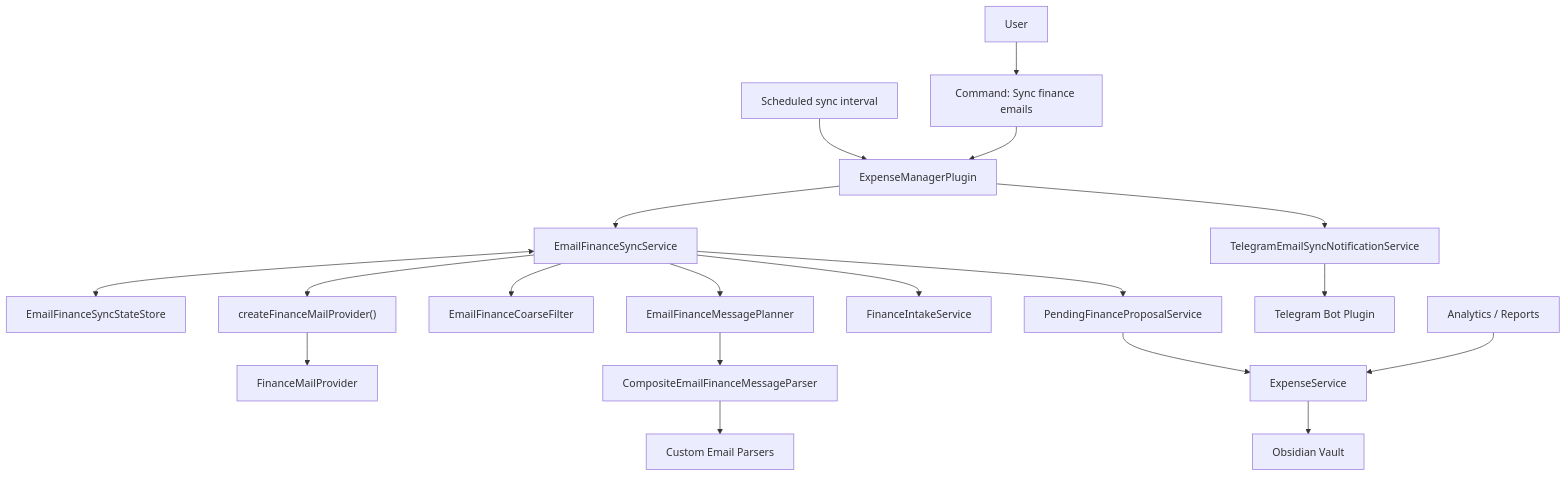
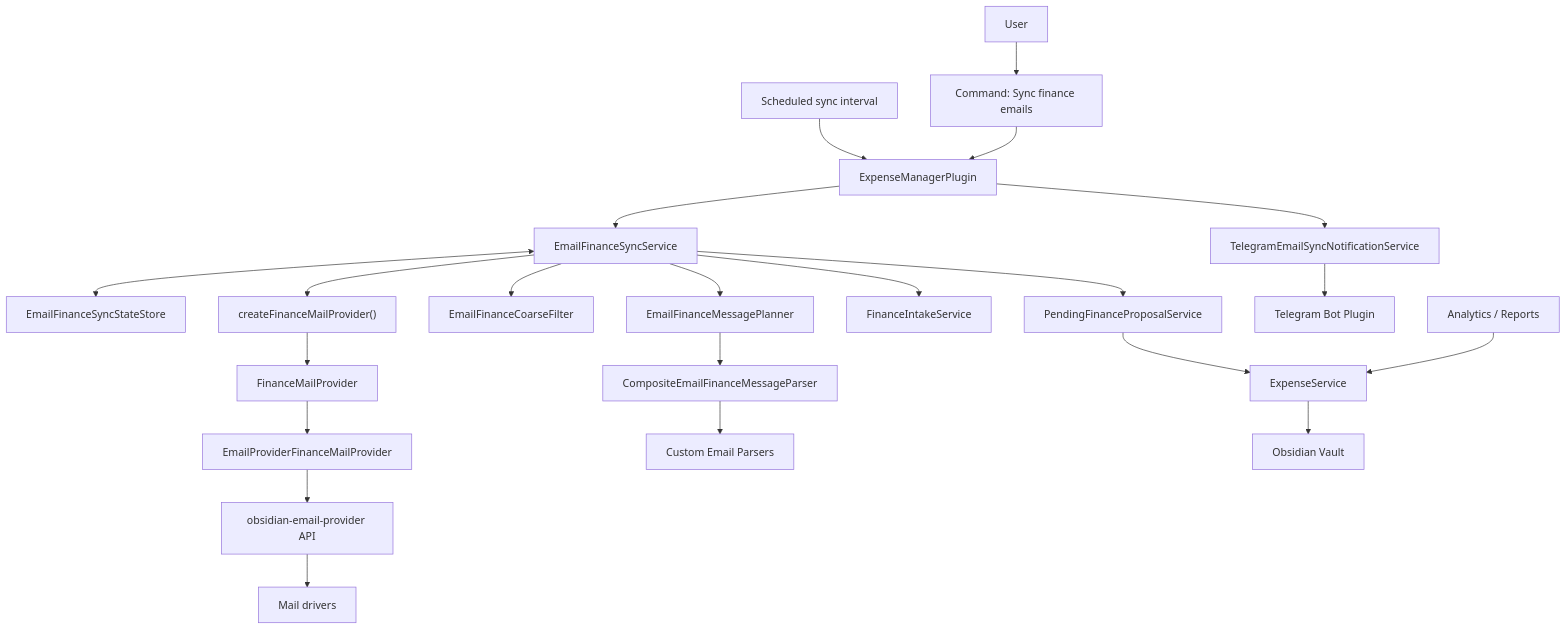
Before and after one commit to Xoanis/obsidian-expense-manager: the first of 16 diagrams in docs/email-finance-intake-architecture.md, drawn with Mermaid. The commit also changed other lines of this file and 12 other files, not shown here.

Commit message:
feat: migrated on email-provider api, multisearch

````diff
--- a/docs/email-finance-intake-architecture.md
+++ b/docs/email-finance-intake-architecture.md
@@ -58,41 +70,47 @@
 ```mermaid
 flowchart TD
     User["User"]
     Cmd["Command: Sync finance emails"]
     Scheduler["Scheduled sync interval"]
     Plugin["ExpenseManagerPlugin"]
     Sync["EmailFinanceSyncService"]
     State["EmailFinanceSyncStateStore"]
     ProviderFactory["createFinanceMailProvider()"]
     Provider["FinanceMailProvider"]
+    EmailProviderAdapter["EmailProviderFinanceMailProvider"]
+    EmailProviderApi["obsidian-email-provider API"]
+    Drivers["Mail drivers"]
     Filter["EmailFinanceCoarseFilter"]
     ParserChain["CompositeEmailFinanceMessageParser"]
     CustomParsers["Custom Email Parsers"]
     Planner["EmailFinanceMessagePlanner"]
     Intake["FinanceIntakeService"]
     Pending["PendingFinanceProposalService"]
     Notify["TelegramEmailSyncNotificationService"]
     Expense["ExpenseService"]
     Vault["Obsidian Vault"]
     Telegram["Telegram Bot Plugin"]
     Reports["Analytics / Reports"]
 
     User --> Cmd
     Scheduler --> Plugin
     Cmd --> Plugin
     Plugin --> Sync
     Sync <--> State
     Sync --> ProviderFactory
     ProviderFactory --> Provider
+    Provider --> EmailProviderAdapter
+    EmailProviderAdapter --> EmailProviderApi
+    EmailProviderApi --> Drivers
     Sync --> Filter
     Sync --> Planner
     Planner --> ParserChain
     ParserChain --> CustomParsers
     Sync --> Intake
     Sync --> Pending
     Plugin --> Notify
     Notify --> Telegram
     Pending --> Expense
     Expense --> Vault
     Reports --> Expense
 ```
````
